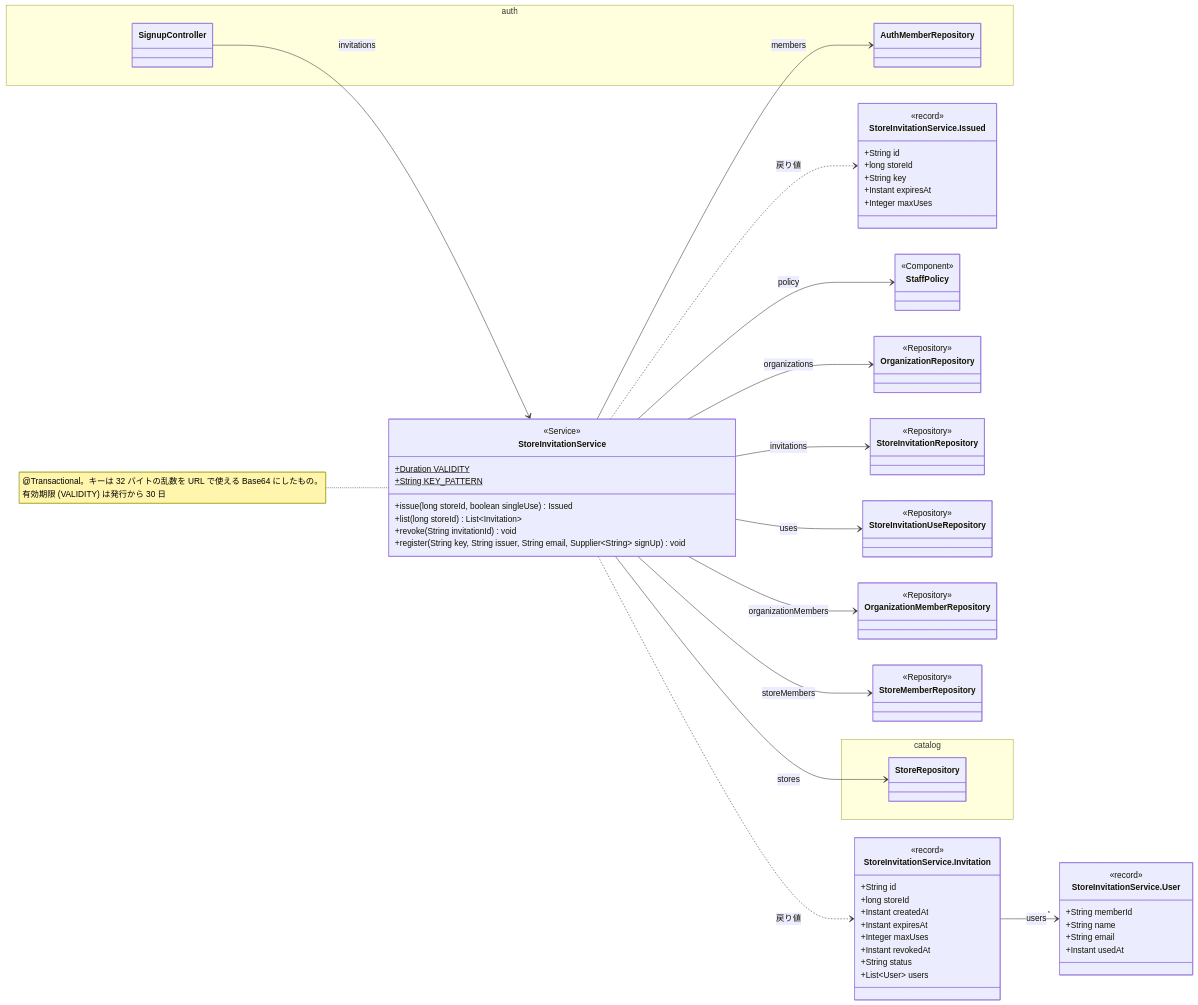
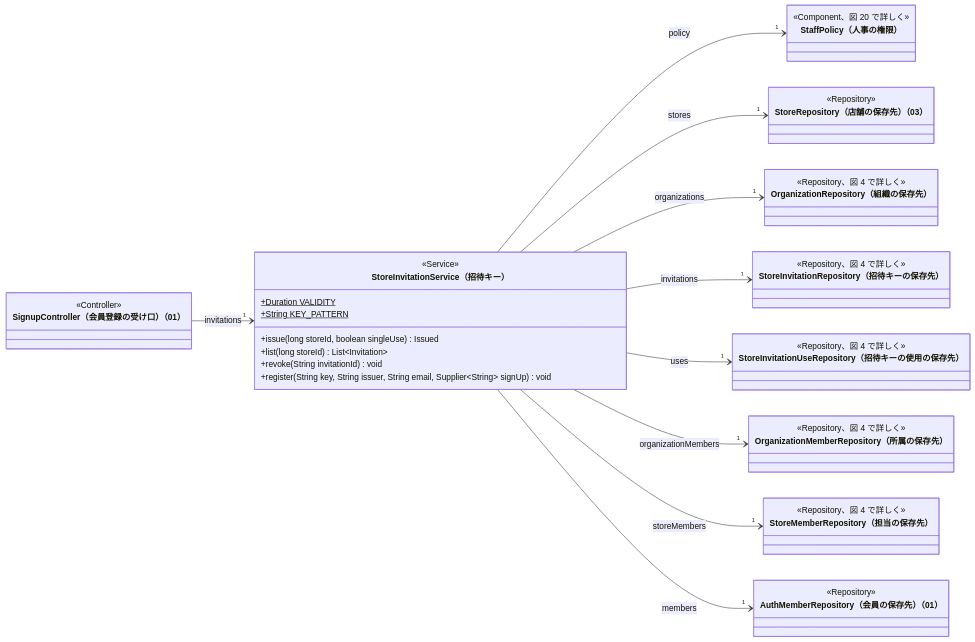
The ninth of 20 diagrams in クラス図/kusakari-ec/02_店舗と組織.md (abeouga/kusakari-document), drawn with Mermaid before and after one commit. The commit also changed other lines of this file and 87 other files, not shown here.

Commit message:
EC のクラス図に全体図を足し、詳細図をデータとモジュールの図に分けて書き直す

````diff
--- a/クラス図/kusakari-ec/02_店舗と組織.md
+++ b/クラス図/kusakari-ec/02_店舗と組織.md
@@ -696,79 +814,50 @@
 ```mermaid
 classDiagram
-  direction LR
-  class StoreInvitationService {
-    <<Service>>
-    +Duration VALIDITY$
-    +String KEY_PATTERN$
-    +issue(long storeId, boolean singleUse) Issued
-    +list(long storeId) List~Invitation~
-    +revoke(String invitationId) void
-    +register(String key, String issuer, String email, Supplier~String~ signUp) void
-  }
-  class StoreInvitationService_Issued["StoreInvitationService.Issued"] {
-    <<record>>
-    +String id
-    +long storeId
-    +String key
-    +Instant expiresAt
-    +Integer maxUses
-  }
-  class StoreInvitationService_Invitation["StoreInvitationService.Invitation"] {
-    <<record>>
-    +String id
-    +long storeId
-    +Instant createdAt
-    +Instant expiresAt
-    +Integer maxUses
-    +Instant revokedAt
-    +String status
-    +List~User~ users
-  }
-  class StoreInvitationService_User["StoreInvitationService.User"] {
-    <<record>>
-    +String memberId
-    +String name
-    +String email
-    +Instant usedAt
-  }
-  class StaffPolicy {
-    <<Component>>
-  }
-  class OrganizationRepository {
-    <<Repository>>
-  }
-  class StoreInvitationRepository {
-    <<Repository>>
-  }
-  class StoreInvitationUseRepository {
-    <<Repository>>
-  }
-  class OrganizationMemberRepository {
-    <<Repository>>
-  }
-  class StoreMemberRepository {
-    <<Repository>>
-  }
-  namespace auth {
-    class AuthMemberRepository
-    class SignupController
-  }
-  namespace catalog {
-    class StoreRepository
-  }
+    direction LR
+    class StoreInvitationService["StoreInvitationService（招待キー）"] {
+        <<Service>>
+        +Duration VALIDITY$
+        +String KEY_PATTERN$
+        +issue(long storeId, boolean singleUse) Issued
+        +list(long storeId) List~Invitation~
+        +revoke(String invitationId) void
+        +register(String key, String issuer, String email, Supplier~String~ signUp) void
+    }
+    class StaffPolicy["StaffPolicy（人事の権限）"] {
+        <<Component、図 20 で詳しく>>
+    }
+    class OrganizationRepository["OrganizationRepository（組織の保存先）"] {
+        <<Repository、図 4 で詳しく>>
+    }
+    class StoreInvitationRepository["StoreInvitationRepository（招待キーの保存先）"] {
+        <<Repository、図 4 で詳しく>>
+    }
+    class StoreInvitationUseRepository["StoreInvitationUseRepository（招待キーの使用の保存先）"] {
+        <<Repository、図 4 で詳しく>>
+    }
+    class OrganizationMemberRepository["OrganizationMemberRepository（所属の保存先）"] {
+        <<Repository、図 4 で詳しく>>
+    }
+    class StoreMemberRepository["StoreMemberRepository（担当の保存先）"] {
+        <<Repository、図 4 で詳しく>>
+    }
+    class AuthMemberRepository["AuthMemberRepository（会員の保存先）（01）"] {
+        <<Repository>>
+    }
+    class SignupController["SignupController（会員登録の受け口）（01）"] {
+        <<Controller>>
+    }
+    class StoreRepository["StoreRepository（店舗の保存先）（03）"] {
+        <<Repository>>
+    }
 
-  StoreInvitationService --> StaffPolicy : policy
-  StoreInvitationService --> StoreRepository : stores
-  StoreInvitationService --> OrganizationRepository : organizations
-  StoreInvitationService --> StoreInvitationRepository : invitations
-  StoreInvitationService --> StoreInvitationUseRepository : uses
-  StoreInvitationService --> OrganizationMemberRepository : organizationMembers
-  StoreInvitationService --> StoreMemberRepository : storeMembers
-  StoreInvitationService --> AuthMemberRepository : members
-  StoreInvitationService ..> StoreInvitationService_Issued : 戻り値
-  StoreInvitationService ..> StoreInvitationService_Invitation : 戻り値
-  StoreInvitationService_Invitation --> "*" StoreInvitationService_User : users
-  SignupController --> StoreInvitationService : invitations
-
-  note for StoreInvitationService "@Transactional。キーは 32 バイトの乱数を URL で使える Base64 にしたもの。<br/>有効期限 (VALIDITY) は発行から 30 日"
+    SignupController --> "1" StoreInvitationService : invitations
+    StoreInvitationService --> "1" StaffPolicy : policy
+    StoreInvitationService --> "1" StoreRepository : stores
+    StoreInvitationService --> "1" OrganizationRepository : organizations
+    StoreInvitationService --> "1" StoreInvitationRepository : invitations
+    StoreInvitationService --> "1" StoreInvitationUseRepository : uses
+    StoreInvitationService --> "1" OrganizationMemberRepository : organizationMembers
+    StoreInvitationService --> "1" StoreMemberRepository : storeMembers
+    StoreInvitationService --> "1" AuthMemberRepository : members
 ```
````
